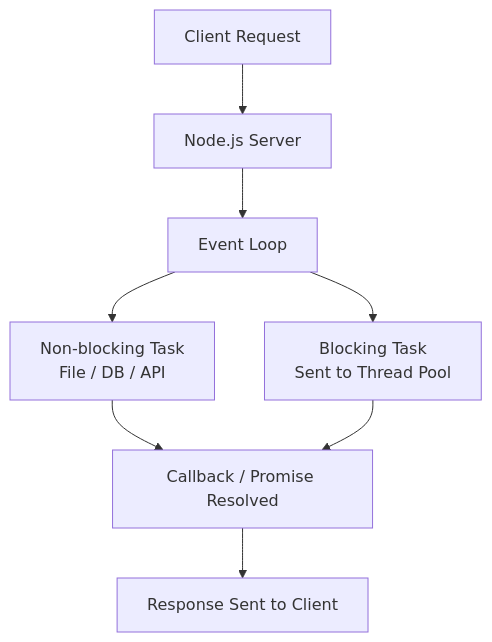
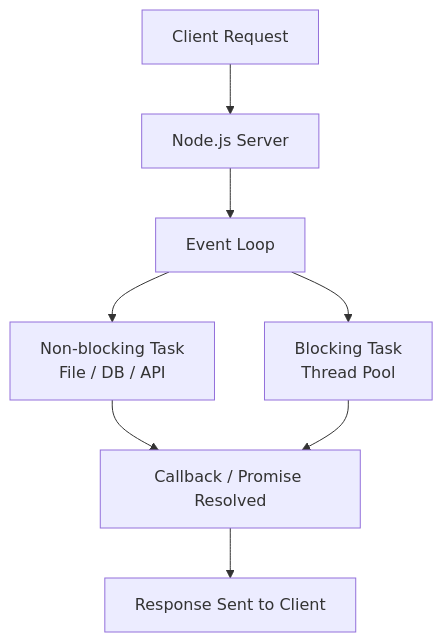
Before and after one commit to ritam-g/Interview: the first of 4 diagrams in backend/nodejs-interview-questions.md, drawn with Mermaid. The commit also changed other lines of this file, not shown here.

`````diff
--- a/backend/nodejs-interview-questions.md
+++ b/backend/nodejs-interview-questions.md
@@ -28,13 +29,13 @@
 ```mermaid
 flowchart TD
     A[Client Request] --> B[Node.js Server]
     B --> C[Event Loop]
 
     C --> D[Non-blocking Task<br/>File / DB / API]
-    C --> E[Blocking Task<br/>Sent to Thread Pool]
+    C --> E[Blocking Task<br/>Thread Pool]
 
     D --> F[Callback / Promise Resolved]
     E --> F
 
     F --> G[Response Sent to Client]
 ````
`````
